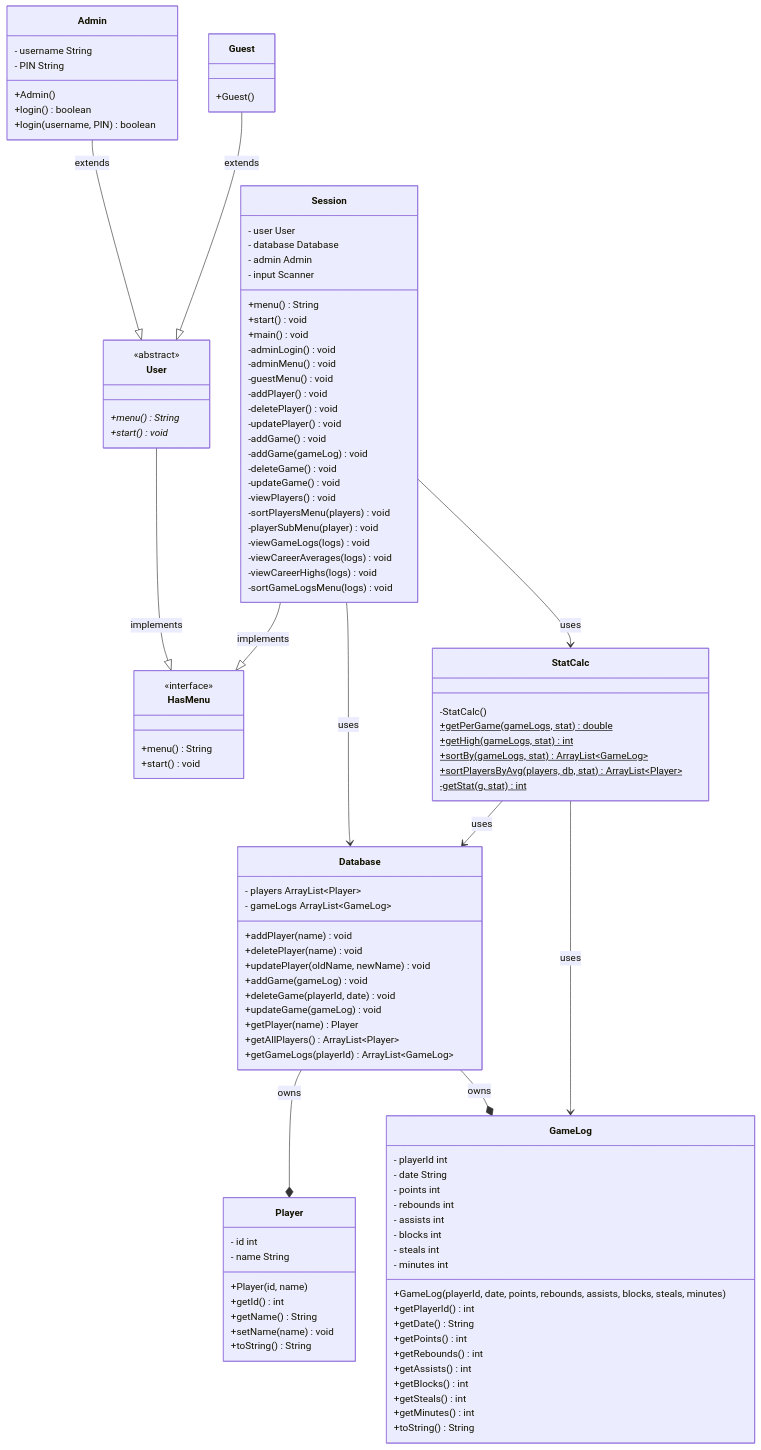
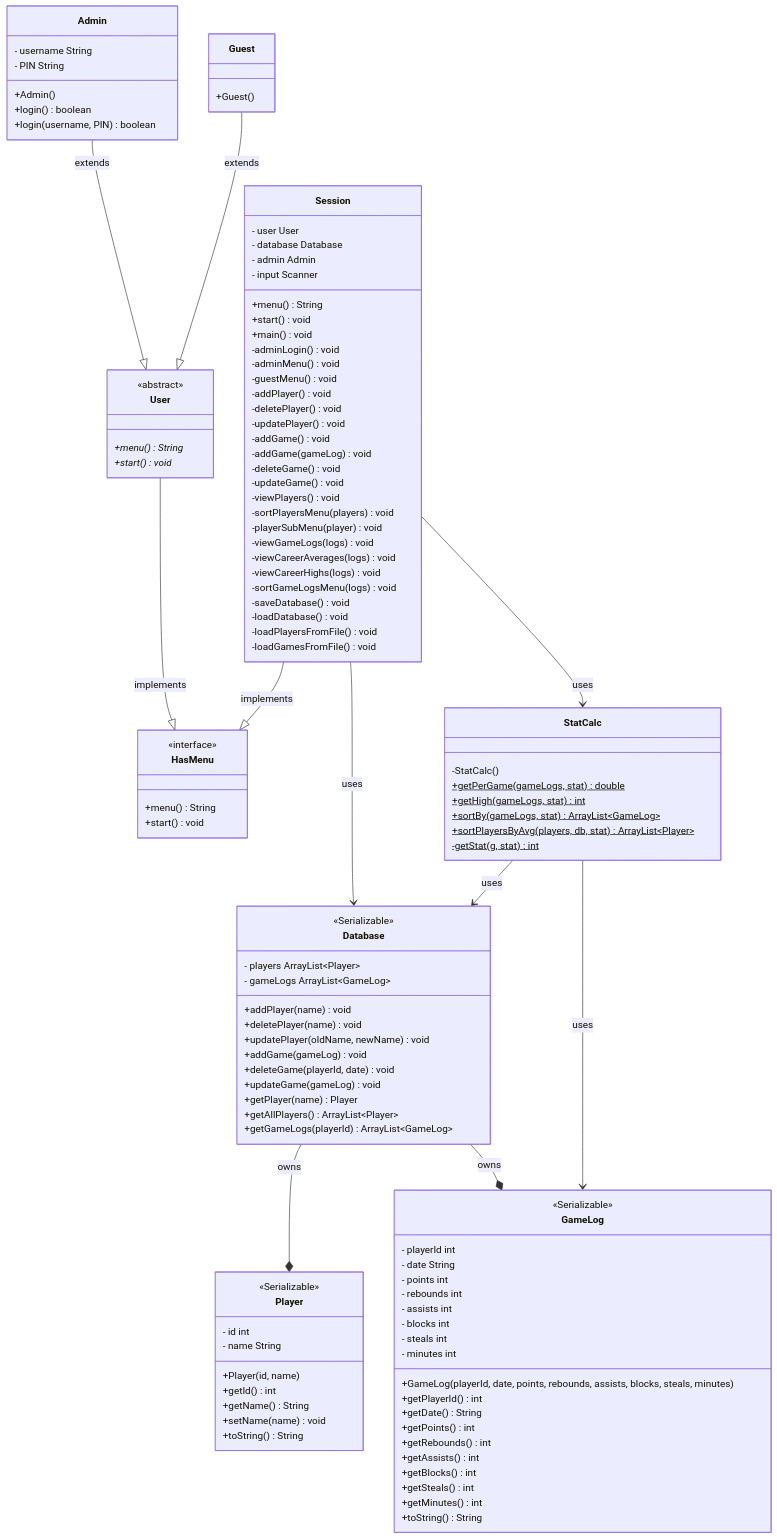
Before and after one commit to tommym-r/cs121finalProject: the diagram in README.md, drawn with Mermaid.

Commit message:
Update README.md
touching up uml to match adjustments during coding

```diff
--- a/README.md
+++ b/README.md
@@ -11,6 +11,7 @@
 }
 
 class Database{
+    <<Serializable>>
     - players ArrayList~Player~
     - gameLogs ArrayList~GameLog~
     +addPlayer(name) void
@@ -25,6 +26,7 @@
 }
 
 class GameLog{
+    <<Serializable>>
     - playerId int
     - date String
     - points int
@@ -46,6 +48,7 @@
 }
 
 class Player{
+    <<Serializable>>
     - id int
     - name String
     +Player(id, name)
@@ -107,6 +110,10 @@
     -viewCareerAverages(logs) void
     -viewCareerHighs(logs) void
     -sortGameLogsMenu(logs) void
+    -saveDatabase() void
+    -loadDatabase() void
+    -loadPlayersFromFile() void
+    -loadGamesFromFile() void
 }
 
 Admin --|> User : extends
```
